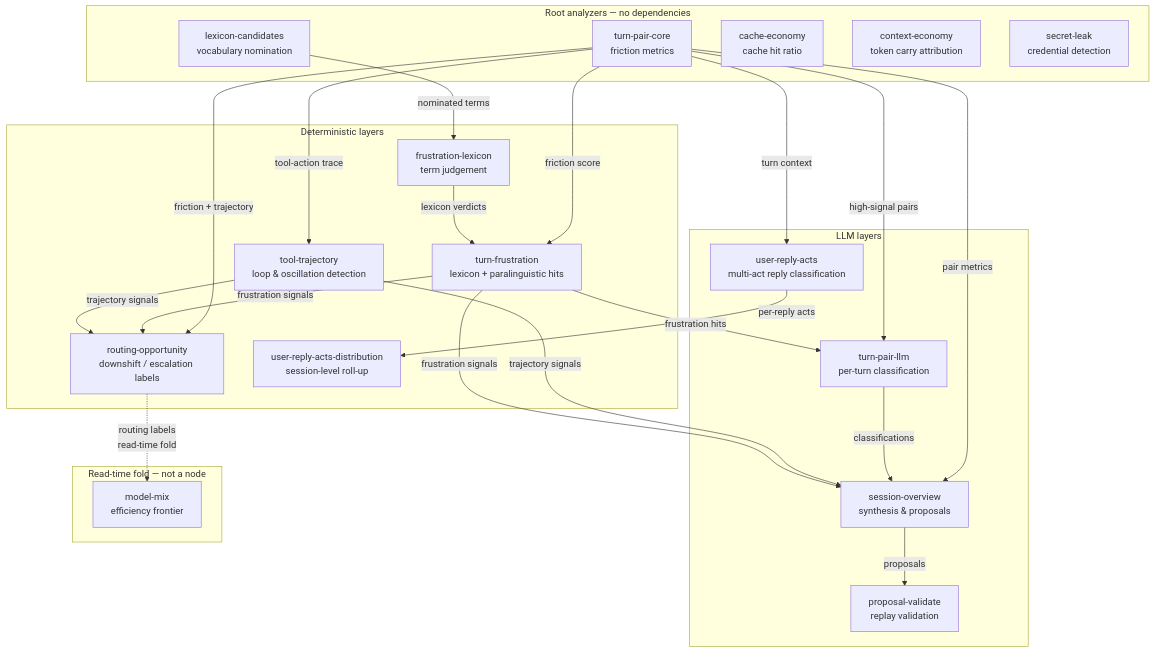
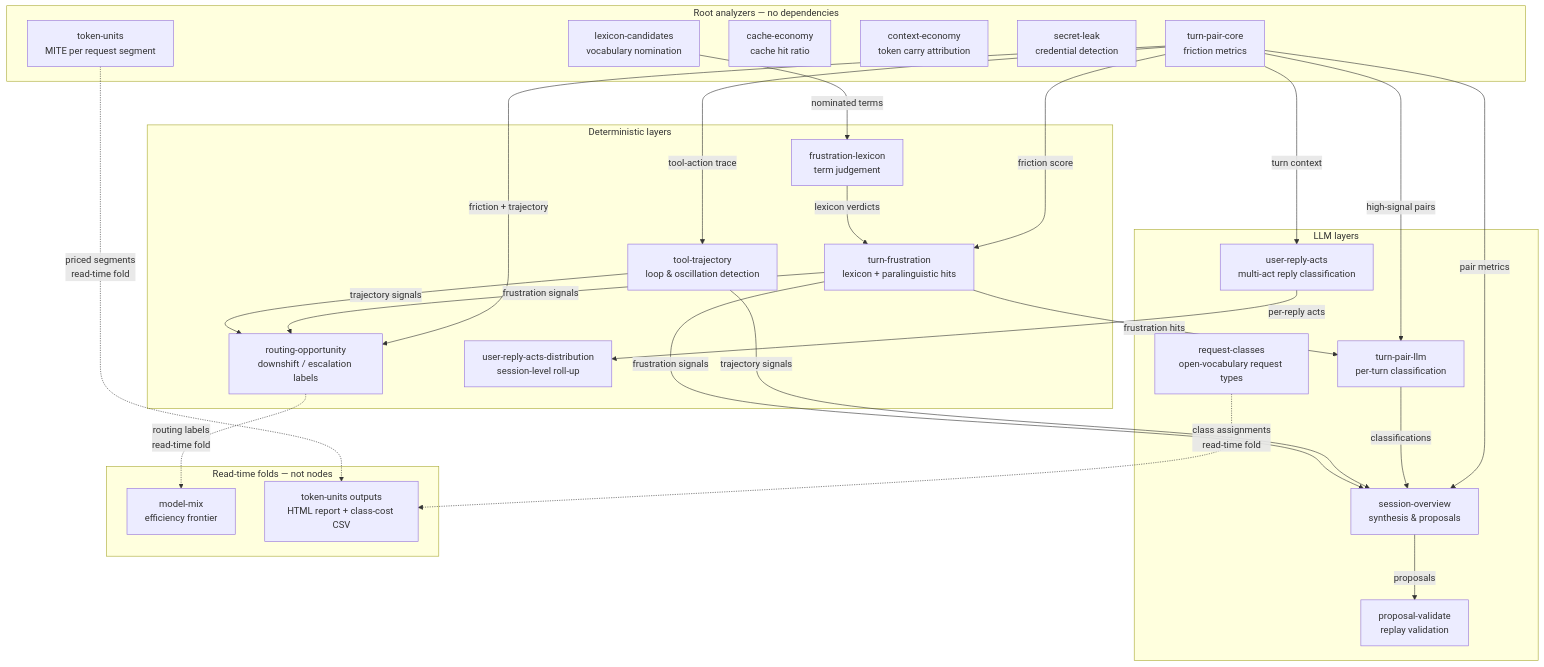
Before and after one commit to elecnix/pi-prospector: the diagram in README.md, drawn with Mermaid. The commit also changed other lines of this file and 24 other files, not shown here.

````diff
--- a/README.md
+++ b/README.md
@@ -71,47 +71,52 @@
 ```mermaid
 flowchart TD
   subgraph roots [Root analyzers — no dependencies]
     TPC[turn-pair-core<br/>friction metrics]
     LEX[lexicon-candidates<br/>vocabulary nomination]
     CE[cache-economy<br/>cache hit ratio]
     CTX[context-economy<br/>token carry attribution]
     SL[secret-leak<br/>credential detection]
+    TU[token-units<br/>MITE per request segment]
   end
 
   subgraph deterministic [Deterministic layers]
     FL[frustration-lexicon<br/>term judgement]
     TF[turn-frustration<br/>lexicon + paralinguistic hits]
     TT[tool-trajectory<br/>loop &amp; oscillation detection]
     RO[routing-opportunity<br/>downshift / escalation labels]
     URD[user-reply-acts-distribution<br/>session-level roll-up]
   end
 
   subgraph llm [LLM layers]
+    RC[request-classes<br/>open-vocabulary request types]
     TPL[turn-pair-llm<br/>per-turn classification]
     SO[session-overview<br/>synthesis &amp; proposals]
     PV[proposal-validate<br/>replay validation]
     URA[user-reply-acts<br/>multi-act reply classification]
   end
 
-  subgraph readonly [Read-time fold — not a node]
+  subgraph readonly [Read-time folds — not nodes]
     MM[model-mix<br/>efficiency frontier]
+    OUT[token-units outputs<br/>HTML report + class-cost CSV]
   end
 
   LEX -->|nominated terms| FL
   TPC -->|friction score| TF
   FL -->|lexicon verdicts| TF
   TPC -->|high-signal pairs| TPL
   TF -->|frustration hits| TPL
   TPC -->|tool-action trace| TT
   TPC -->|friction + trajectory| RO
   TF -->|frustration signals| RO
   TT -->|trajectory signals| RO
   TPC -->|pair metrics| SO
   TPL -->|classifications| SO
   TT -->|trajectory signals| SO
   TF -->|frustration signals| SO
   SO -->|proposals| PV
   TPC -->|turn context| URA
   URA -->|per-reply acts| URD
   RO -.->|routing labels<br/>read-time fold| MM
+  TU -.->|priced segments<br/>read-time fold| OUT
+  RC -.->|class assignments<br/>read-time fold| OUT
 ```
````
